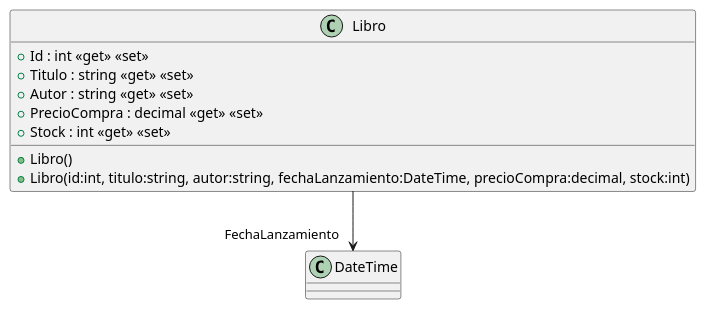
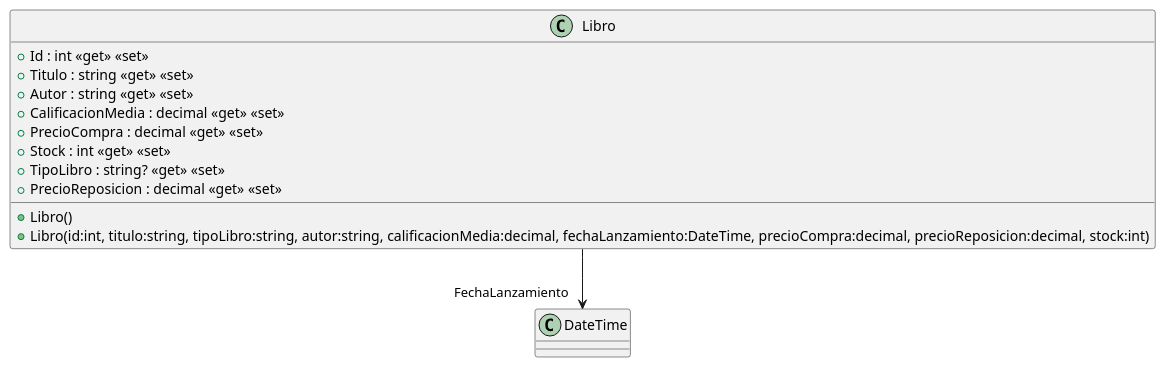
One commit to ISII2627LosGremlins/ISII2627LosGremlins changed the diagram in src/AppForSEII.API/ClassDiagram/Libro.puml. Above: the diagram before and after it, drawn with PlantUML. The commit also changed 7 other files, not shown here.

Commit message:
Creacion clase CompraItem e incorporcion al diagrama

```diff
--- a/src/AppForSEII.API/ClassDiagram/Libro.puml
+++ b/src/AppForSEII.API/ClassDiagram/Libro.puml
@@ -1,12 +1,15 @@
 @startuml
 class Libro {
     + Libro()
-    + Libro(id:int, titulo:string, autor:string, fechaLanzamiento:DateTime, precioCompra:decimal, stock:int)
+    + Libro(id:int, titulo:string, tipoLibro:string, autor:string, calificacionMedia:decimal, fechaLanzamiento:DateTime, precioCompra:decimal, precioReposicion:decimal, stock:int)
     + Id : int <<get>> <<set>>
     + Titulo : string <<get>> <<set>>
     + Autor : string <<get>> <<set>>
+    + CalificacionMedia : decimal <<get>> <<set>>
     + PrecioCompra : decimal <<get>> <<set>>
     + Stock : int <<get>> <<set>>
+    + TipoLibro : string? <<get>> <<set>>
+    + PrecioReposicion : decimal <<get>> <<set>>
 }
 Libro --> "FechaLanzamiento" DateTime
 @enduml
```
